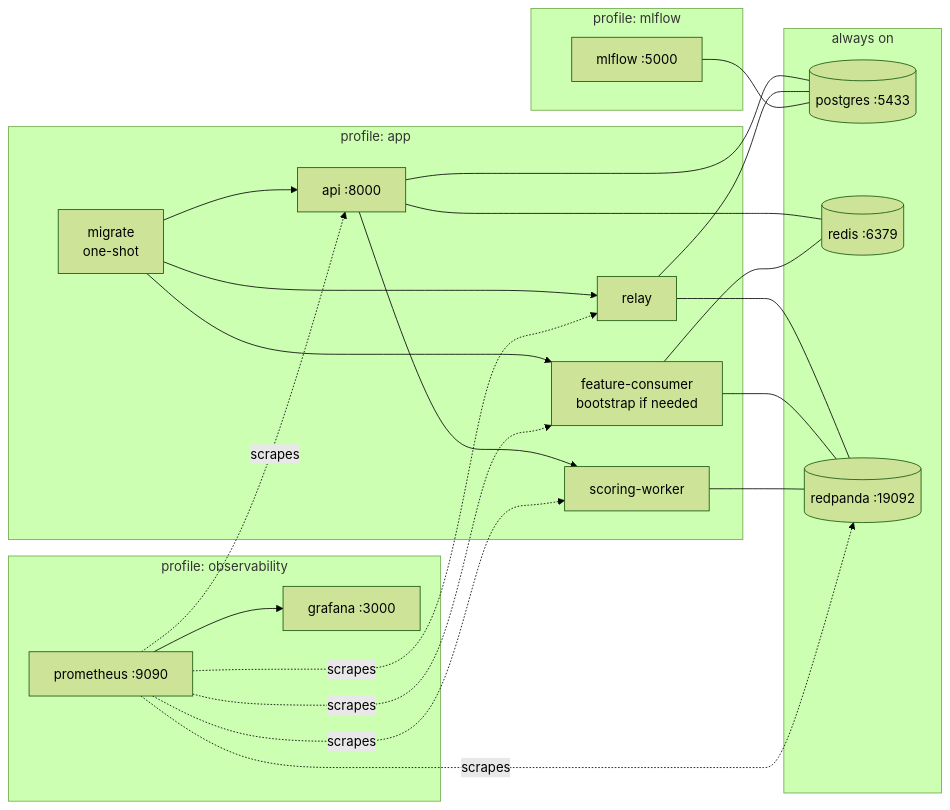
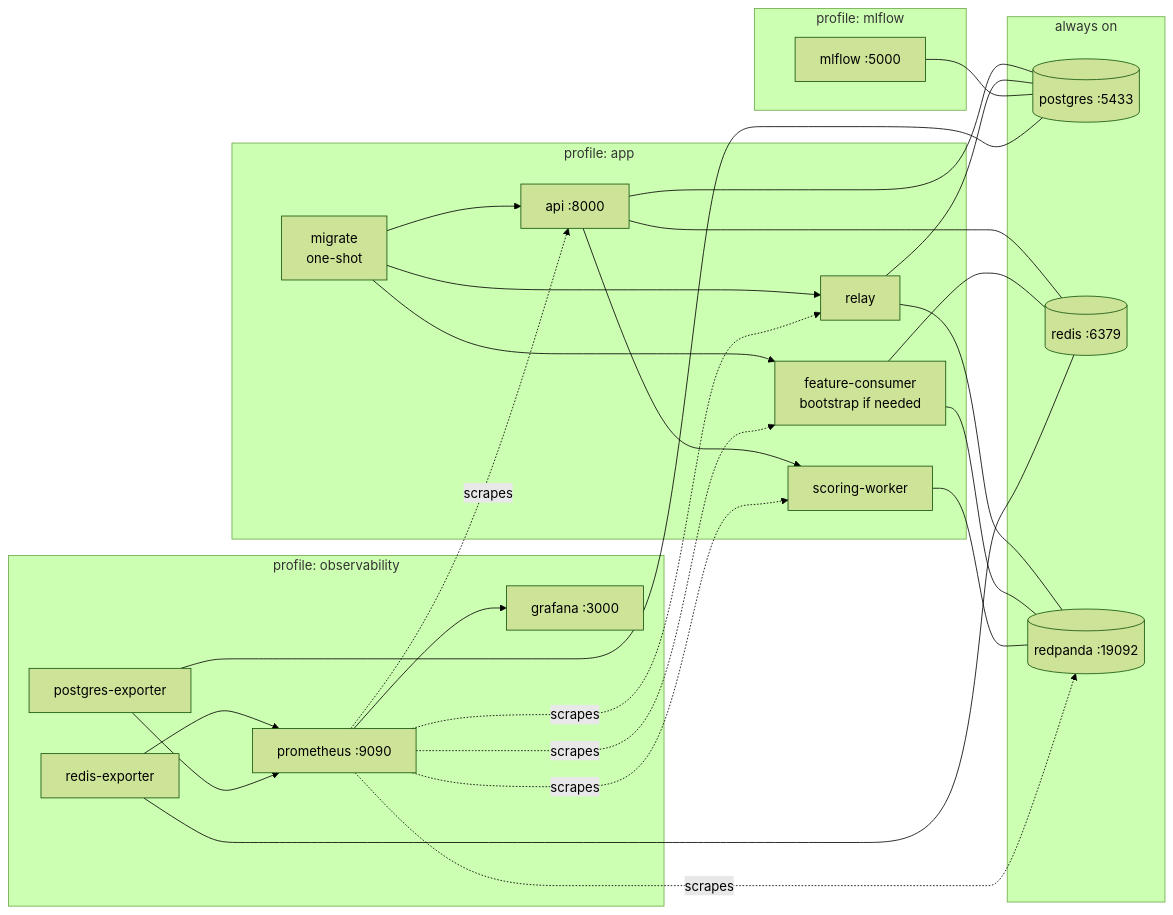
One commit to KkaushikK18/RiskStream changed the diagram in docs/local_environment.md. Above: the diagram before and after it, drawn with Mermaid (forest theme). The commit also changed other lines of this file and 23 other files, not shown here.

````diff
--- a/docs/local_environment.md
+++ b/docs/local_environment.md
@@ -6,26 +6,30 @@
 ```mermaid
 flowchart LR
     subgraph infra["always on"]
         PG[(postgres :5433)]
         R[(redis :6379)]
         K[(redpanda :19092)]
     end
     subgraph app["profile: app"]
         M[migrate<br/>one-shot] --> API[api :8000]
         M --> RL[relay]
         M --> FC[feature-consumer<br/>bootstrap if needed]
         API --> SW[scoring-worker]
     end
     subgraph obs["profile: observability"]
         P[prometheus :9090] --> G[grafana :3000]
+        RX[redis-exporter] --> P
+        PX[postgres-exporter] --> P
     end
     subgraph ml["profile: mlflow"]
         MF[mlflow :5000]
     end
     API --- PG & R
     RL --- PG & K
     FC --- K & R
     SW --- K
     MF --- PG
+    RX --- R
+    PX --- PG
     P -.scrapes.-> API & RL & FC & SW & K
 ```
````
